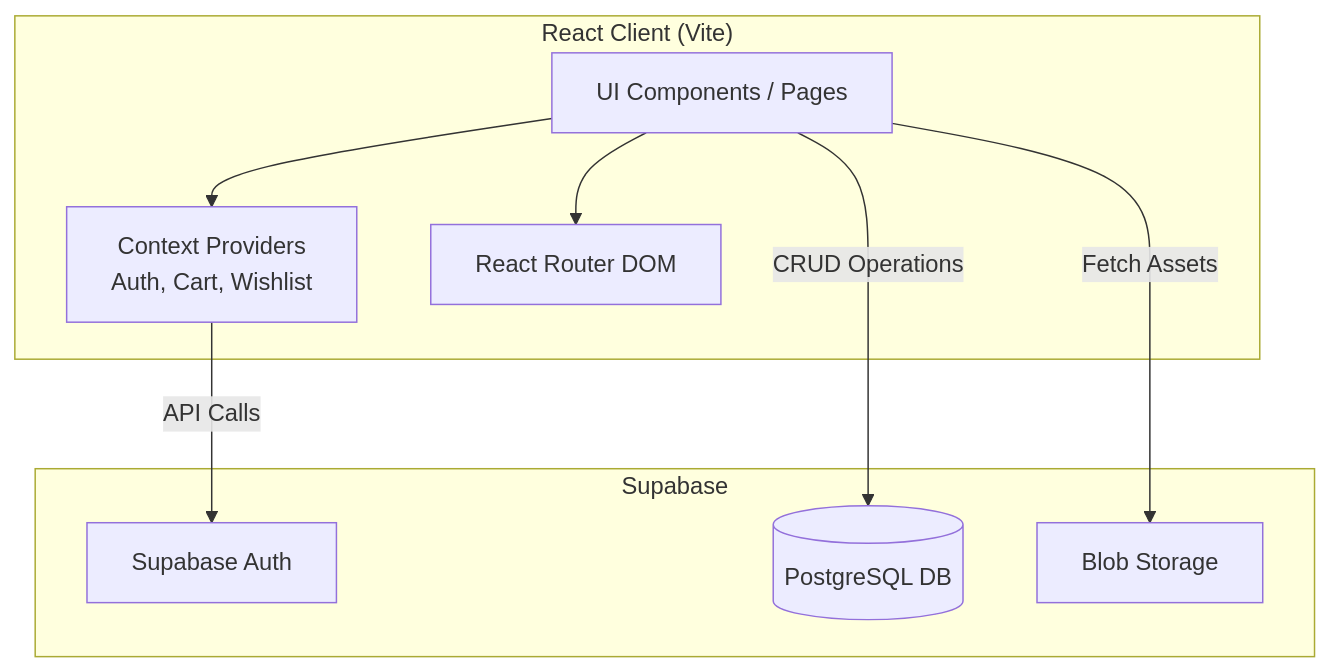
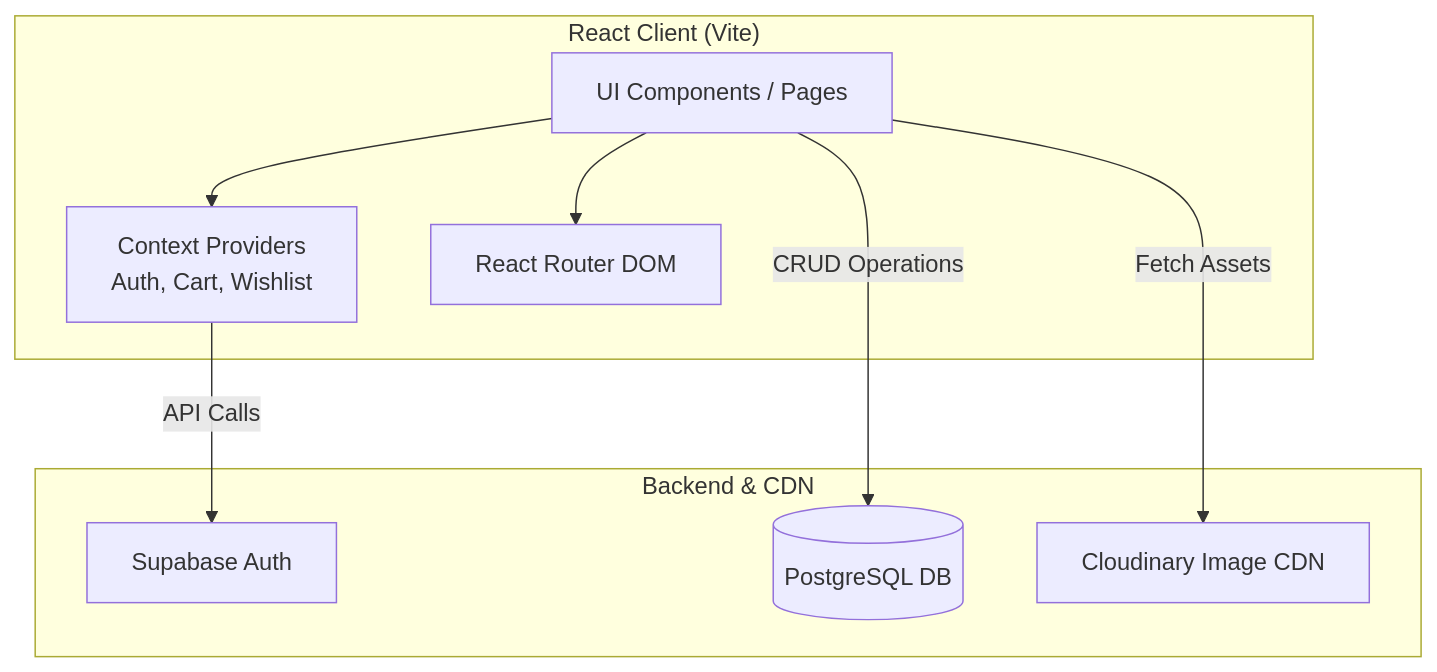
The first of 4 diagrams in README.md (NiyatiThacker/JOG-AND-JOY), drawn with Mermaid before and after one commit. The commit also changed other lines of this file, not shown here.

Commit message:
docs: add Cloudinary CDN details to README

````diff
--- a/README.md
+++ b/README.md
@@ -50,21 +51,21 @@
 ```mermaid
 graph TD
     subgraph Frontend ["React Client (Vite)"]
         UI["UI Components / Pages"]
         Context["Context Providers<br>Auth, Cart, Wishlist"]
         Router["React Router DOM"]
         
         UI --> Context
         UI --> Router
     end
 
-    subgraph Backend ["Supabase"]
+    subgraph Backend ["Backend & CDN"]
         Auth["Supabase Auth"]
         DB[("PostgreSQL DB")]
-        Storage["Blob Storage"]
+        Storage["Cloudinary Image CDN"]
     end
 
     Context -- "API Calls" --> Auth
     UI -- "CRUD Operations" --> DB
     UI -- "Fetch Assets" --> Storage
 ```
````
